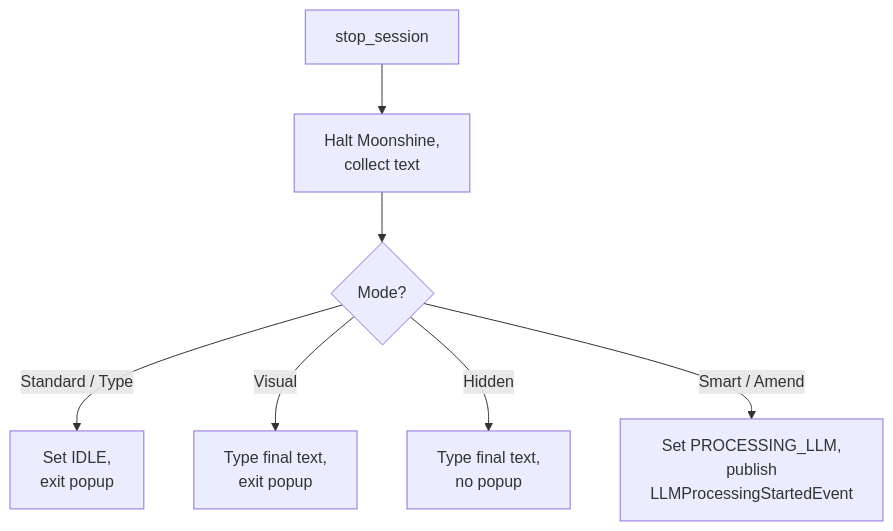
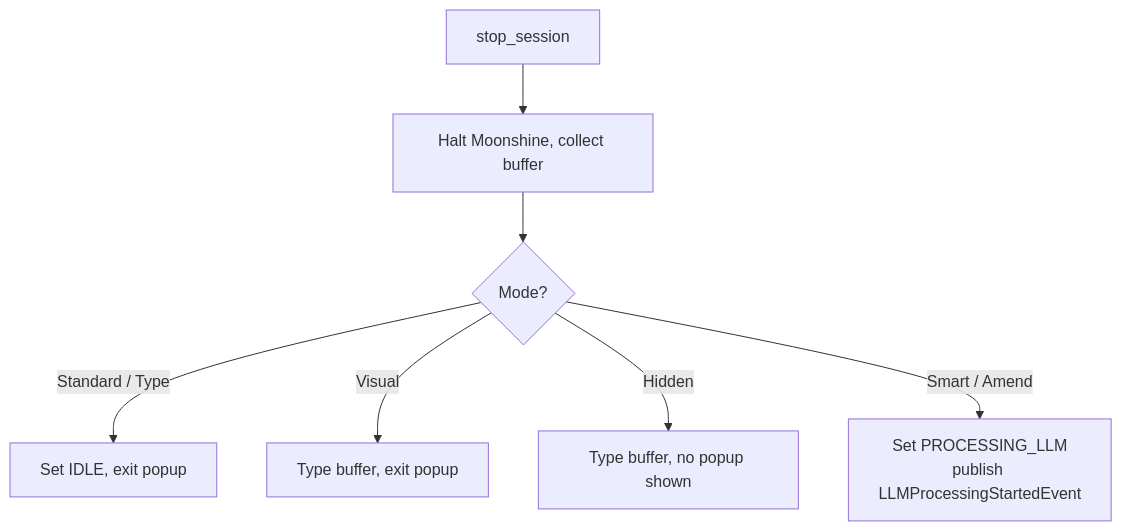
One commit to rick12000/vocalance changed the fourth of 5 diagrams in docs/developer/features/dictation_flow.rst. Above: the diagram before and after it, drawn with Mermaid. The commit also changed other lines of this file and 30 other files, not shown here.

```diff
--- a/docs/developer/features/dictation_flow.rst
+++ b/docs/developer/features/dictation_flow.rst
@@ -179,9 +310,9 @@
 .. mermaid::
 
    flowchart TD
-       Stop[stop_session] --> Halt[Halt Moonshine,<br/>collect text]
+       Stop[stop_session] --> Halt[Halt Moonshine, collect buffer]
        Halt --> Mode{Mode?}
-       Mode -->|Standard / Type| End1[Set IDLE,<br/>exit popup]
-       Mode -->|Visual| End2[Type final text,<br/>exit popup]
-       Mode -->|Hidden| End3[Type final text,<br/>no popup]
-       Mode -->|Smart / Amend| Proc[Set PROCESSING_LLM,<br/>publish<br/>LLMProcessingStartedEvent]
+       Mode -->|Standard / Type| End1[Set IDLE, exit popup]
+       Mode -->|Visual| End2[Type buffer, exit popup]
+       Mode -->|Hidden| End3[Type buffer, no popup shown]
+       Mode -->|Smart / Amend| Proc[Set PROCESSING_LLM<br/>publish LLMProcessingStartedEvent]
```
